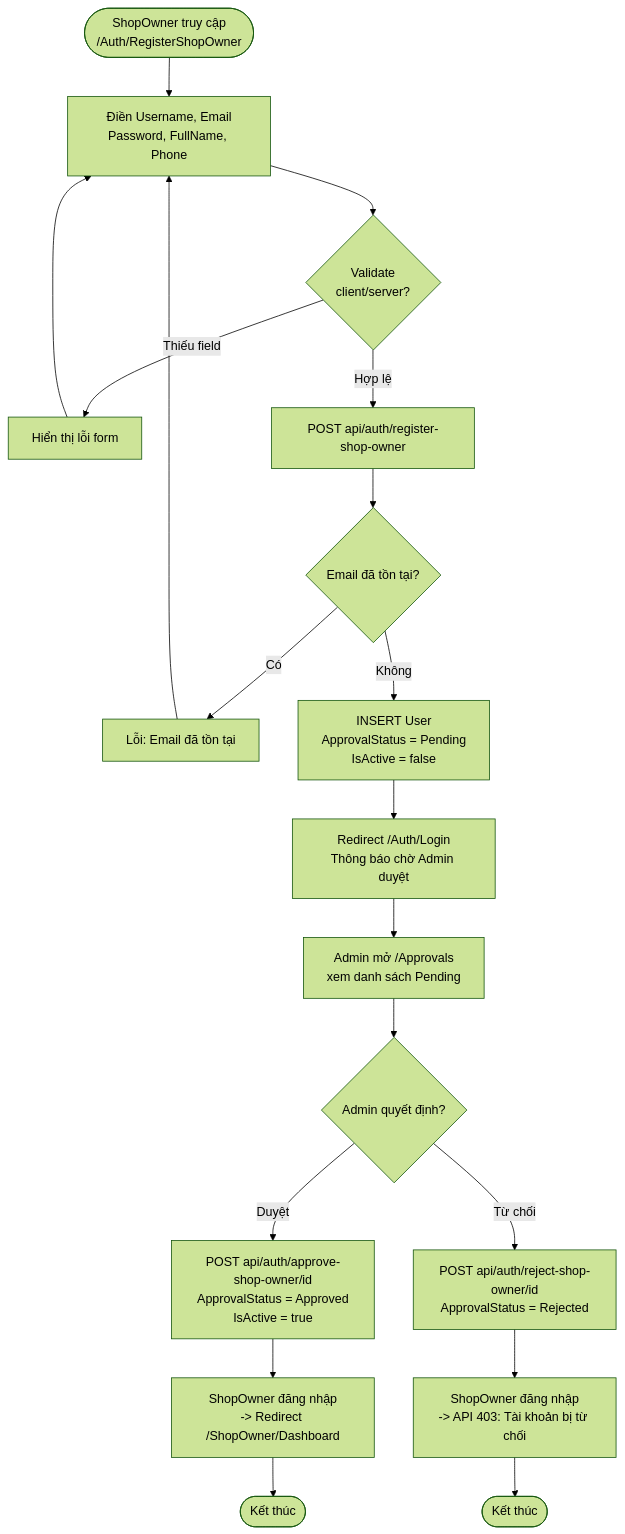
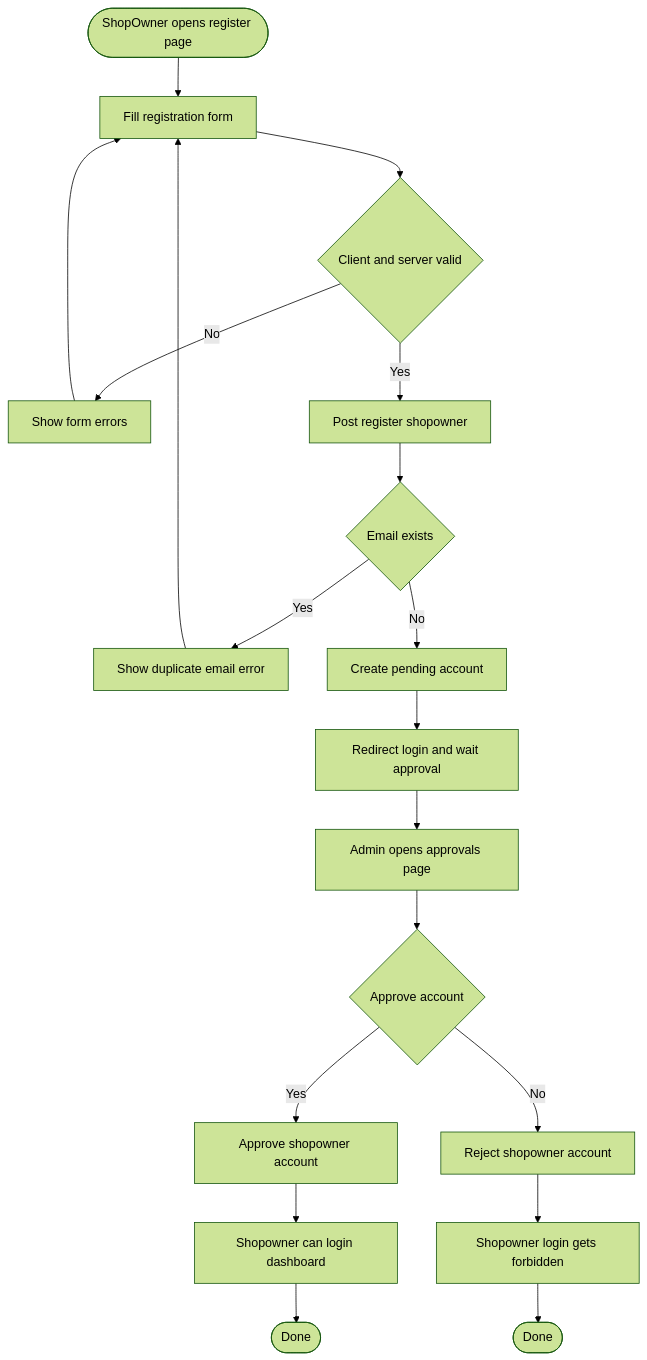
Before and after one commit to KhanhChung2k5/k_tour: diagram 38 of 44 in docs/PRODUCT_REQUIREMENTS.md, drawn with Mermaid (forest theme). The commit also changed other lines of this file, not shown here.

Commit message:
Fix display diagram on github

````diff
--- a/docs/PRODUCT_REQUIREMENTS.md
+++ b/docs/PRODUCT_REQUIREMENTS.md
@@ -1777,21 +1779,21 @@
 ```mermaid
 flowchart TD
-    Start([ShopOwner truy cập<br/>/Auth/RegisterShopOwner]) --> FillForm[Điền Username, Email<br/>Password, FullName, Phone]
-    FillForm --> Validate{Validate<br/>client/server?}
-    Validate -->|Thiếu field| ShowErr[Hiển thị lỗi form]
+    Start([ShopOwner opens register page]) --> FillForm[Fill registration form]
+    FillForm --> Validate{Client and server valid}
+    Validate -->|No| ShowErr[Show form errors]
     ShowErr --> FillForm
-    Validate -->|Hợp lệ| CallAPI[POST api/auth/register-shop-owner]
-    CallAPI --> EmailExist{Email đã tồn tại?}
-    EmailExist -->|Có| ErrDup[Lỗi: Email đã tồn tại]
+    Validate -->|Yes| CallAPI[Post register shopowner]
+    CallAPI --> EmailExist{Email exists}
+    EmailExist -->|Yes| ErrDup[Show duplicate email error]
     ErrDup --> FillForm
-    EmailExist -->|Không| SavePending[INSERT User<br/>ApprovalStatus = Pending<br/>IsActive = false]
-    SavePending --> ShowWait[Redirect /Auth/Login<br/>Thông báo chờ Admin duyệt]
-    ShowWait --> AdminReview[Admin mở /Approvals<br/>xem danh sách Pending]
-    AdminReview --> Decision{Admin quyết định?}
-    Decision -->|Duyệt| Approve[POST api/auth/approve-shop-owner/id<br/>ApprovalStatus = Approved<br/>IsActive = true]
-    Decision -->|Từ chối| Reject[POST api/auth/reject-shop-owner/id<br/>ApprovalStatus = Rejected]
-    Approve --> CanLogin[ShopOwner đăng nhập<br/>-> Redirect /ShopOwner/Dashboard]
-    Reject --> Blocked[ShopOwner đăng nhập<br/>-> API 403: Tài khoản bị từ chối]
-    CanLogin --> End([Kết thúc])
-    Blocked --> End2([Kết thúc])
+    EmailExist -->|No| SavePending[Create pending account]
+    SavePending --> ShowWait[Redirect login and wait approval]
+    ShowWait --> AdminReview[Admin opens approvals page]
+    AdminReview --> Decision{Approve account}
+    Decision -->|Yes| Approve[Approve shopowner account]
+    Decision -->|No| Reject[Reject shopowner account]
+    Approve --> CanLogin[Shopowner can login dashboard]
+    Reject --> Blocked[Shopowner login gets forbidden]
+    CanLogin --> End([Done])
+    Blocked --> End2([Done])
 ```
````
